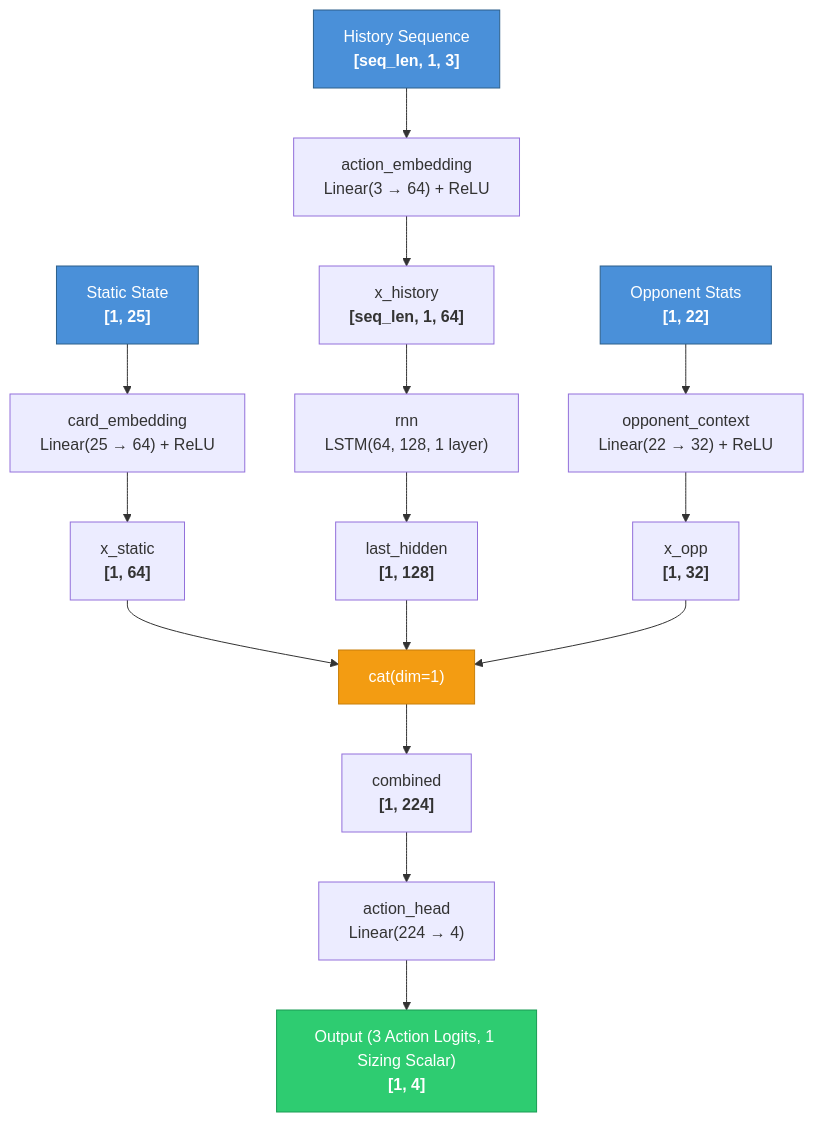
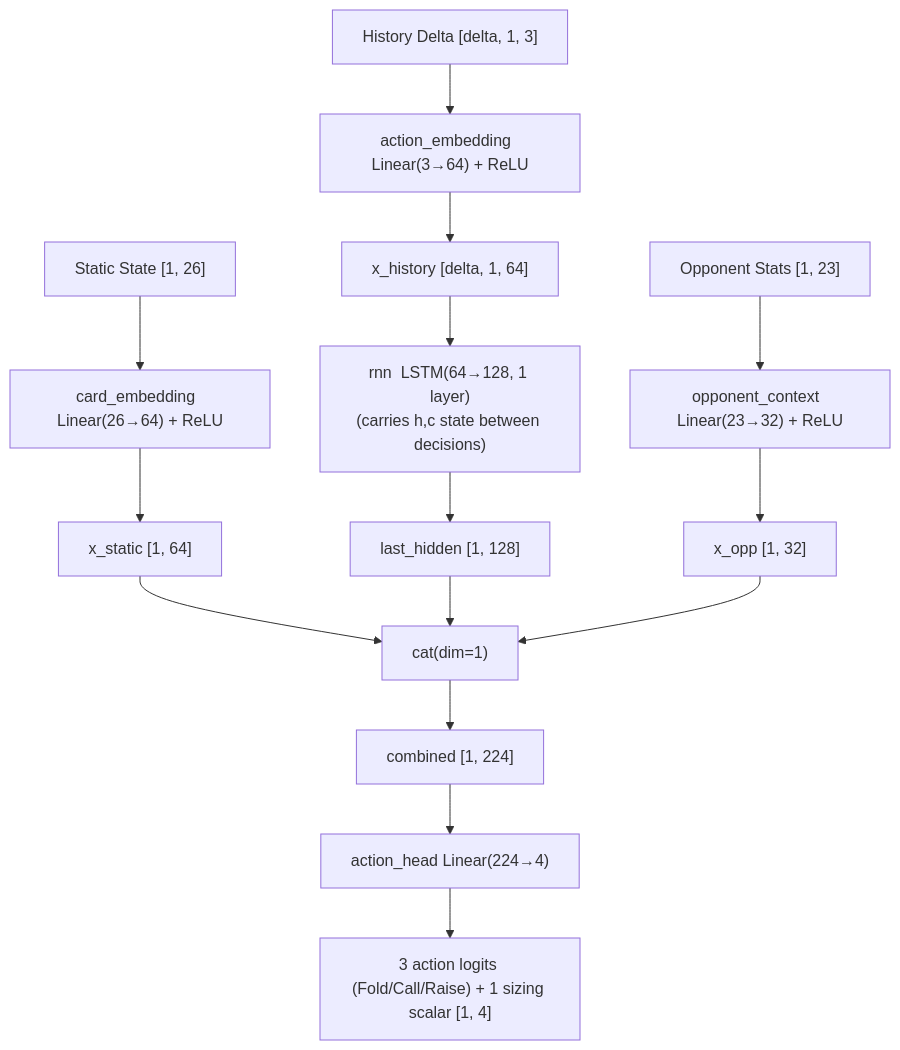
One commit to pingusdelingus/poker_research changed the diagram in MODEL_CARD.md. Above: the diagram before and after it, drawn with Mermaid. The commit also changed other lines of this file and 39 other files, not shown here.

````diff
--- a/MODEL_CARD.md
+++ b/MODEL_CARD.md
@@ -54,38 +66,25 @@
 ```mermaid
 graph TD
-    %% Inputs
-    S["Static State<br/><b>[1, 25]</b>"]
-    H["History Sequence<br/><b>[seq_len, 1, 3]</b>"]
-    O["Opponent Stats<br/><b>[1, 22]</b>"]
+    S["Static State [1, 26]"]
+    H["History Delta [delta, 1, 3]"]
+    O["Opponent Stats [1, 23]"]
 
-    %% Static branch
-    S --> CE["card_embedding<br/>Linear(25 → 64) + ReLU"]
-    CE --> XS["x_static<br/><b>[1, 64]</b>"]
+    S --> CE["card_embedding  Linear(26→64) + ReLU"]
+    CE --> XS["x_static [1, 64]"]
 
-    %% History branch
-    H --> AE["action_embedding<br/>Linear(3 → 64) + ReLU"]
-    AE --> XH["x_history<br/><b>[seq_len, 1, 64]</b>"]
-    XH --> LSTM["rnn<br/>LSTM(64, 128, 1 layer)"]
-    LSTM --> LH["last_hidden<br/><b>[1, 128]</b>"]
+    H --> AE["action_embedding  Linear(3→64) + ReLU"]
+    AE --> XH["x_history [delta, 1, 64]"]
+    XH --> LSTM["rnn  LSTM(64→128, 1 layer)\n(carries h,c state between decisions)"]
+    LSTM --> LH["last_hidden [1, 128]"]
 
-    %% Opponent branch
-    O --> OC["opponent_context<br/>Linear(22 → 32) + ReLU"]
-    OC --> XO["x_opp<br/><b>[1, 32]</b>"]
+    O --> OC["opponent_context  Linear(23→32) + ReLU"]
+    OC --> XO["x_opp [1, 32]"]
 
-    %% Concatenation
     XS --> CAT["cat(dim=1)"]
     LH --> CAT
     XO --> CAT
-    CAT --> COMB["combined<br/><b>[1, 224]</b>"]
+    CAT --> COMB["combined [1, 224]"]
 
-    %% Output
-    COMB --> AH["action_head<br/>Linear(224 → 4)"]
-    AH --> OUT["Output (3 Action Logits, 1 Sizing Scalar)<br/><b>[1, 4]</b>"]
-
-    %% Styling
-    style S fill:#4a90d9,stroke:#2c5f8a,color:#fff
-    style H fill:#4a90d9,stroke:#2c5f8a,color:#fff
-    style O fill:#4a90d9,stroke:#2c5f8a,color:#fff
-    style OUT fill:#2ecc71,stroke:#1a9c54,color:#fff
-    style CAT fill:#f39c12,stroke:#c87f0a,color:#fff
+    COMB --> AH["action_head  Linear(224→4)"]
+    AH --> OUT["3 action logits (Fold/Call/Raise) + 1 sizing scalar [1, 4]"]
 ```
````
